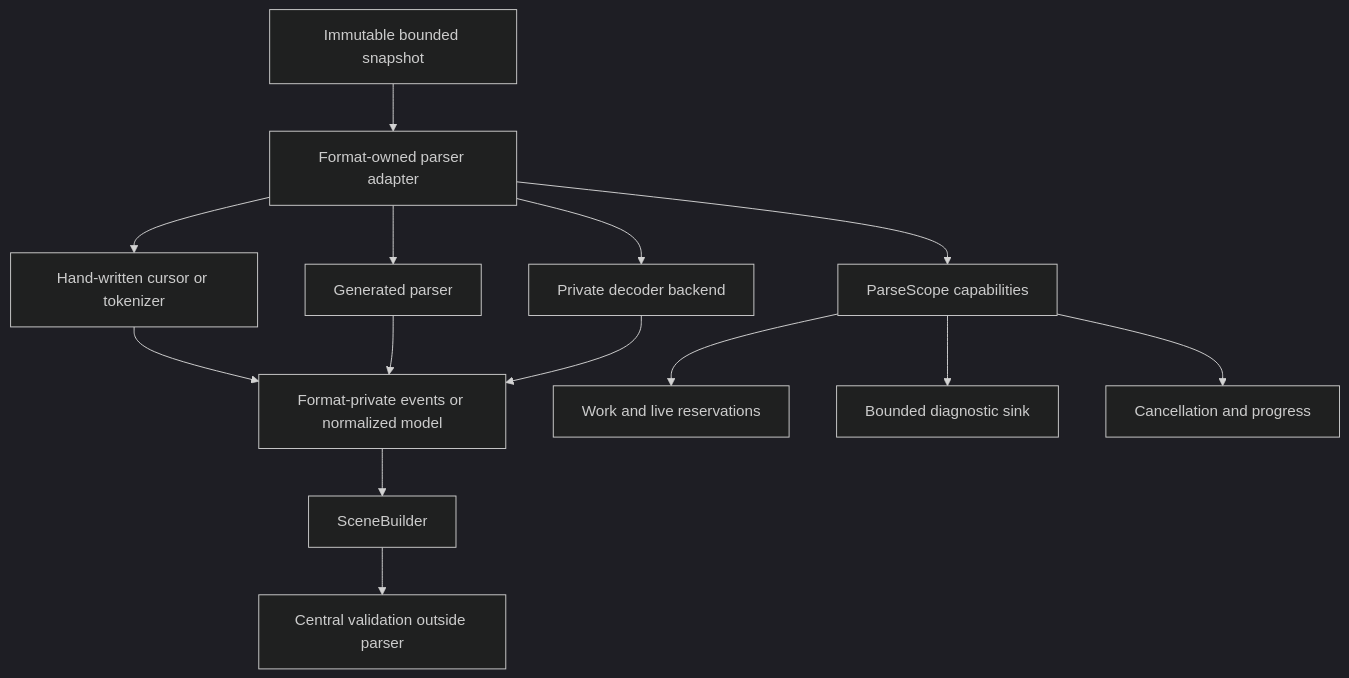
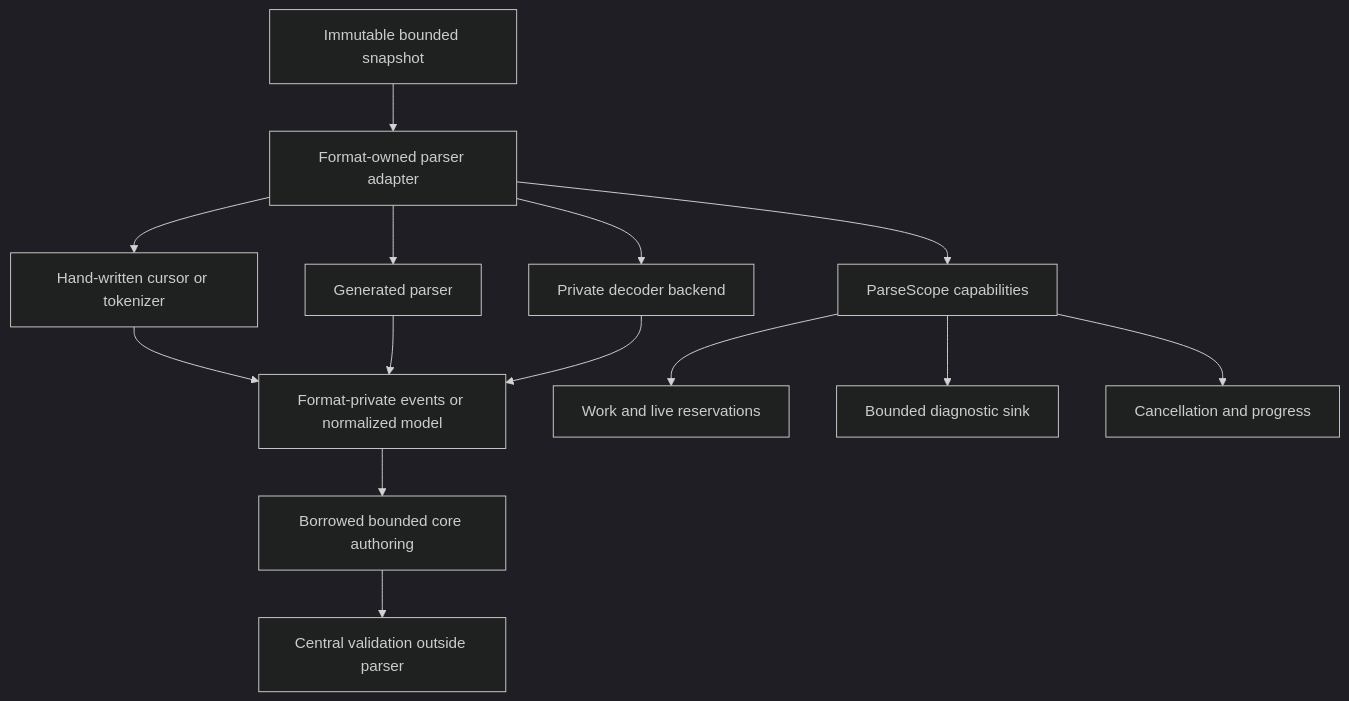
The diagram in docs/adr/0019-parser-diagnostic-streaming-and-generated-code-contract.md (Latias94/baozi), drawn with Mermaid (dark theme) before and after one commit. The commit also changed 18 other files, not shown here.

First line of the commit message:
docs(architecture): align canonical cutover gates

````diff
--- a/docs/adr/0019-parser-diagnostic-streaming-and-generated-code-contract.md
+++ b/docs/adr/0019-parser-diagnostic-streaming-and-generated-code-contract.md
@@ -112,16 +112,16 @@
 ```mermaid
 flowchart TB
     Snapshot[Immutable bounded snapshot] --> Adapter[Format-owned parser adapter]
     Adapter --> Hand[Hand-written cursor or tokenizer]
     Adapter --> Generated[Generated parser]
     Adapter --> Backend[Private decoder backend]
     Hand --> Normalized[Format-private events or normalized model]
     Generated --> Normalized
     Backend --> Normalized
     Adapter --> Scope[ParseScope capabilities]
     Scope --> Budget[Work and live reservations]
     Scope --> Diagnostics[Bounded diagnostic sink]
     Scope --> Control[Cancellation and progress]
-    Normalized --> Builder[SceneBuilder]
-    Builder --> Validate[Central validation outside parser]
+    Normalized --> Author[Borrowed bounded core authoring]
+    Author --> Validate[Central validation outside parser]
 ```
````
